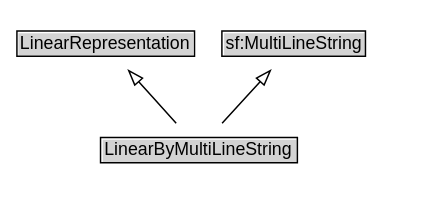
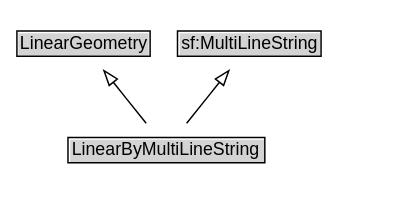
The diagram in docs/diagrams/LinearByMultiLineString.dot (ISO-TC204/ontology-its-location-v1), drawn with Graphviz before and after one commit. The commit also changed 400 other files, not shown here.

```diff
--- a/docs/diagrams/LinearByMultiLineString.dot
+++ b/docs/diagrams/LinearByMultiLineString.dot
@@ -1,21 +1,21 @@
 // Diagram for LinearByMultiLineString
 digraph {
 	graph [overlap=false rankdir=TB splines=true]
 	node [fontname=Arial fontsize=12 margin=0 shape=none]
 	edge [fontname=Arial fontsize=11]
 	{
 		rank=source
-		LinearRepresentation [label=<<TABLE BORDER="1" CELLBORDER="0" CELLSPACING="0" CELLPADDING="1"><TR><TD BGCOLOR="lightgray" ALIGN="CENTER">LinearRepresentation</TD></TR></TABLE>> URL="../LinearRepresentation" margin=0]
+		LinearGeometry [label=<<TABLE BORDER="1" CELLBORDER="0" CELLSPACING="0" CELLPADDING="1"><TR><TD BGCOLOR="lightgray" ALIGN="CENTER">LinearGeometry</TD></TR></TABLE>> URL="../LinearGeometry" margin=0]
 		sf_MultiLineString [label=<<TABLE BORDER="1" CELLBORDER="0" CELLSPACING="0" CELLPADDING="1"><TR><TD BGCOLOR="lightgray" ALIGN="CENTER">sf:MultiLineString</TD></TR></TABLE>> URL="https://w3id.org/citydata/imported/sf/latest/MultiLineString" margin=0]
 	}
 	LinearByMultiLineString [label=<<TABLE BORDER="1" CELLBORDER="0" CELLSPACING="0" CELLPADDING="1"><TR><TD BGCOLOR="lightgray" ALIGN="CENTER">LinearByMultiLineString</TD></TR></TABLE>> URL="../LinearByMultiLineString" margin=0]
 	{
 		rank=max
 	}
 	subgraph cluster_associated {
 		label="" style=invis
 		Invis [label=<<TABLE BORDER="0" CELLBORDER="0" CELLSPACING="0" CELLPADDING="1"><TR><TD></TD></TR></TABLE>> margin=0 style=invis]
 	}
-	LinearByMultiLineString -> LinearRepresentation [arrowhead=onormal style=solid]
+	LinearByMultiLineString -> LinearGeometry [arrowhead=onormal style=solid]
 	LinearByMultiLineString -> sf_MultiLineString [arrowhead=onormal style=solid]
 }
```
